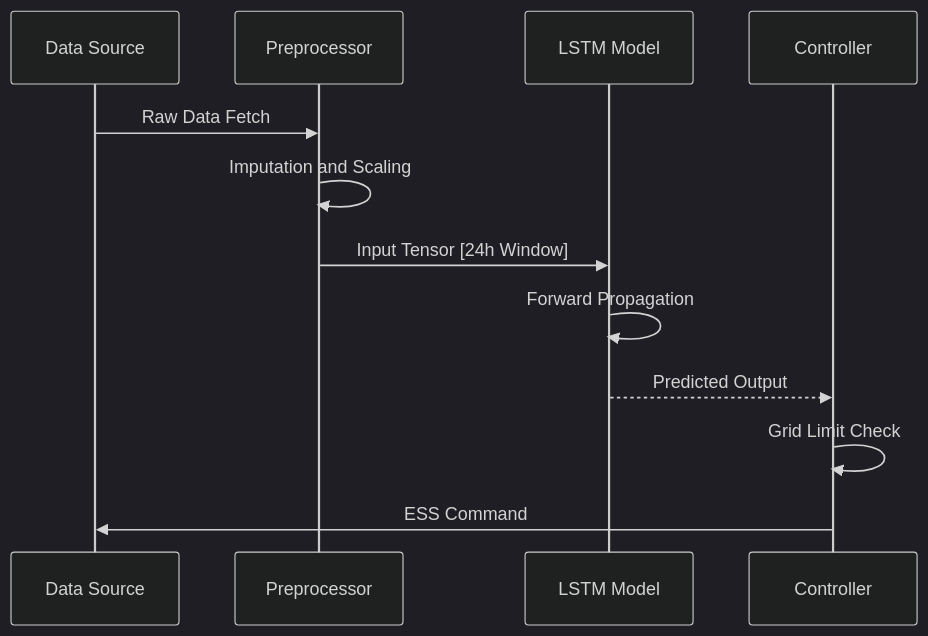
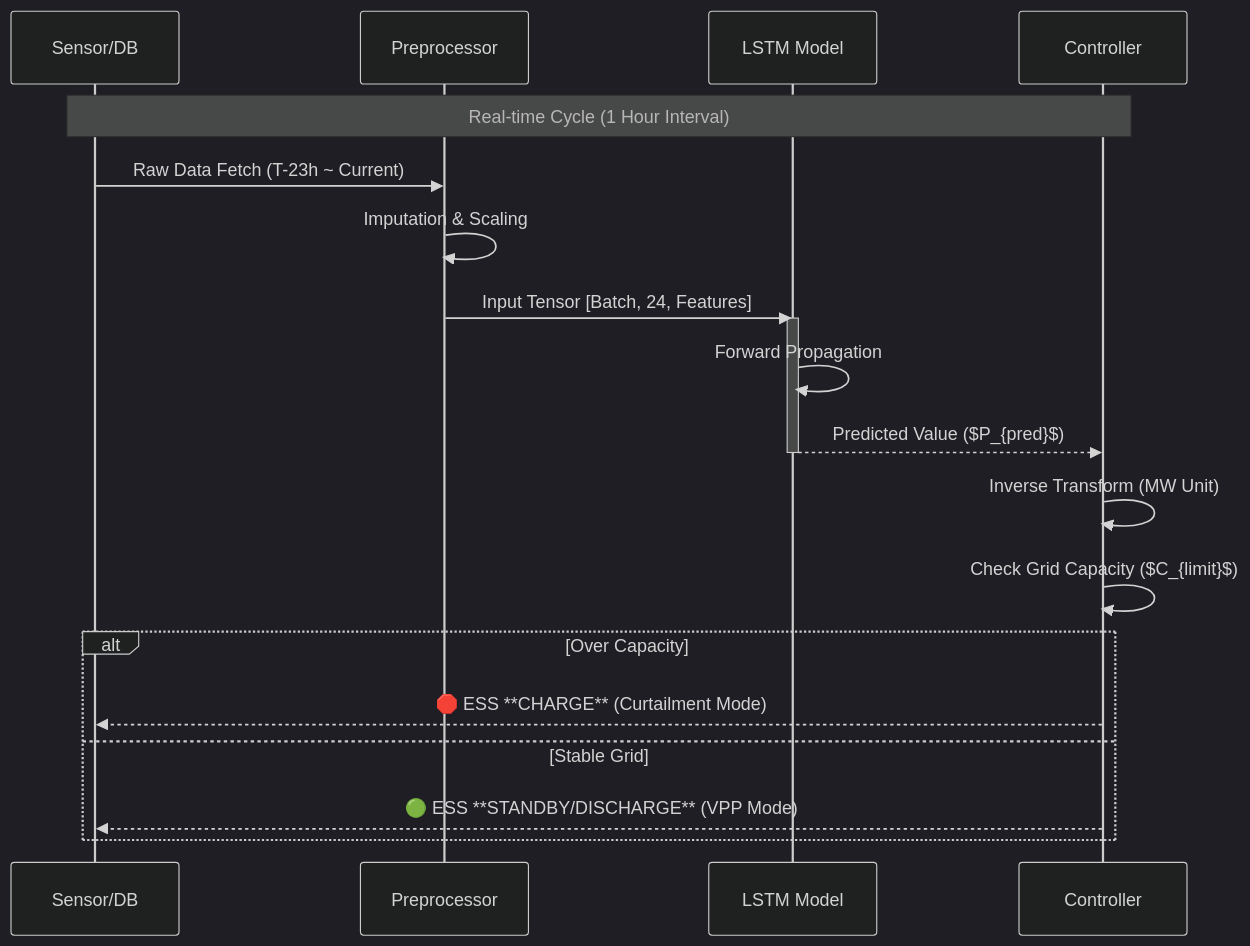
The second of 5 diagrams in README.md (yousoo0920/ess-vpp-project), drawn with Mermaid (dark theme) before and after one commit. The commit also changed other lines of this file, not shown here.

````diff
--- a/README.md
+++ b/README.md
@@ -99,15 +82,27 @@
 ```mermaid
 sequenceDiagram
-    participant S as Data Source
+    participant S as Sensor/DB
     participant P as Preprocessor
     participant M as LSTM Model
     participant C as Controller
 
-    S->>P: Raw Data Fetch
-    P->>P: Imputation and Scaling
-    P->>M: Input Tensor [24h Window]
+    Note over S, C: Real-time Cycle (1 Hour Interval)
+    
+    S->>P: Raw Data Fetch (T-23h ~ Current)
+    P->>P: Imputation & Scaling
+    P->>M: Input Tensor [Batch, 24, Features]
+    
+    activate M
     M->>M: Forward Propagation
-    M-->>C: Predicted Output
-    C->>C: Grid Limit Check
-    C->>S: ESS Command
+    M-->>C: Predicted Value ($P_{pred}$)
+    deactivate M
+    
+    C->>C: Inverse Transform (MW Unit)
+    C->>C: Check Grid Capacity ($C_{limit}$)
+    
+    alt Over Capacity
+        C-->>S: 🛑 ESS **CHARGE** (Curtailment Mode)
+    else Stable Grid
+        C-->>S: 🟢 ESS **STANDBY/DISCHARGE** (VPP Mode)
+    end
 ```
````
